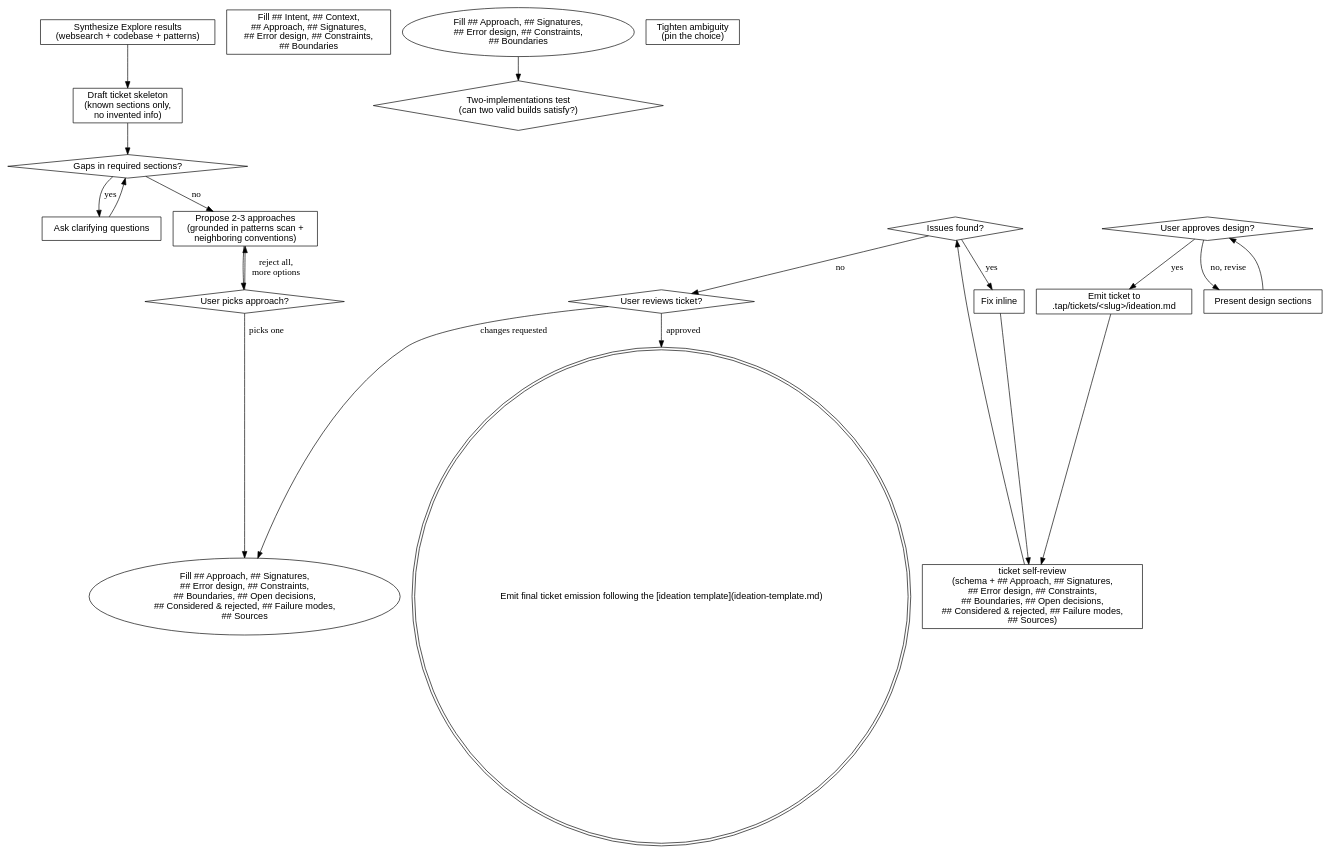
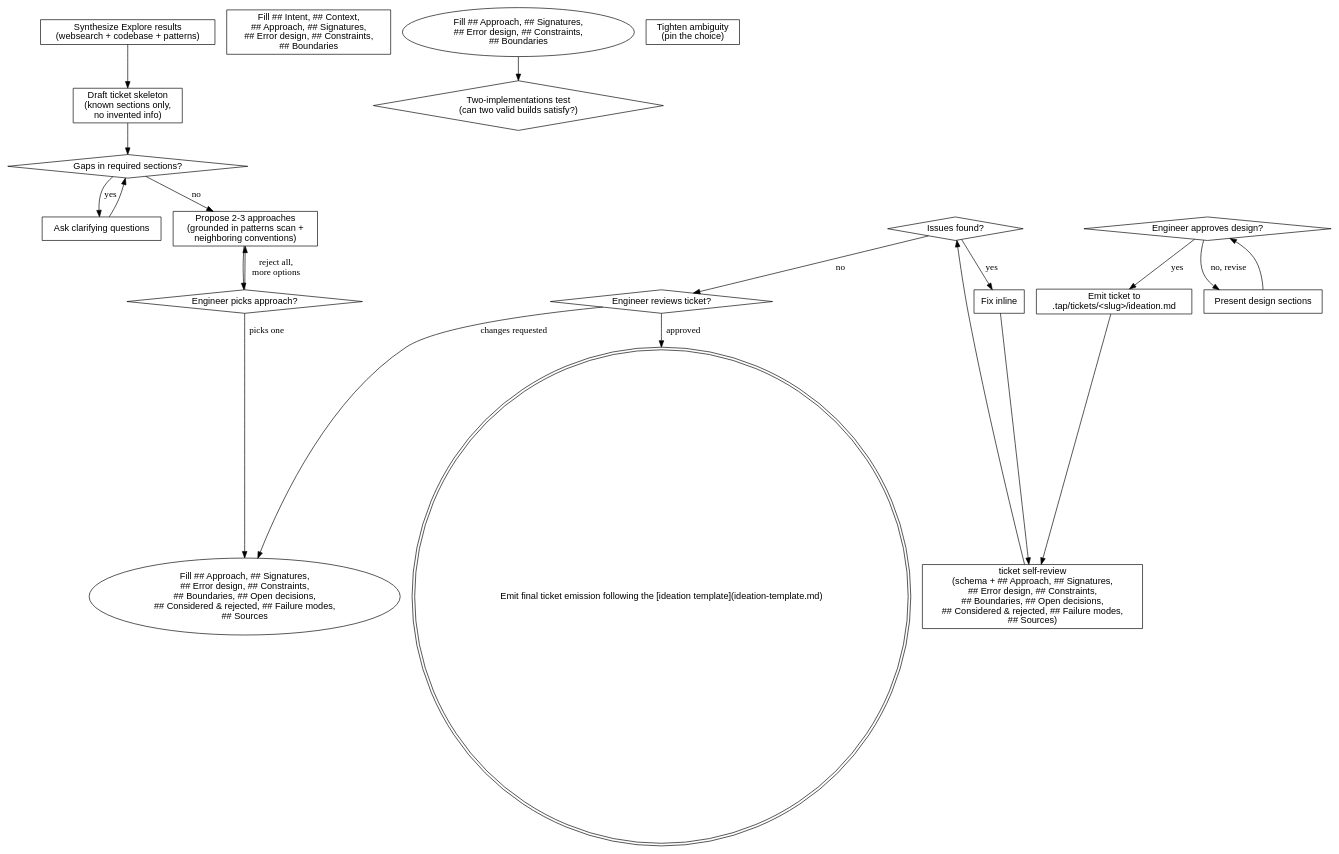
One commit to bjspdn/tap-skills changed the diagram in skills/into/SKILL.md. Above: the diagram before and after it, drawn with Graphviz. The commit also changed other lines of this file and 5 other files, not shown here.

````diff
--- a/skills/into/SKILL.md
+++ b/skills/into/SKILL.md
@@ -180,44 +180,44 @@
 ```dot
   digraph ideation_flow {
     rankdir=TB;
     node [fontname="Helvetica"];
     "Synthesize Explore results\n(websearch + codebase + patterns)" [shape=box];
     "Draft ticket skeleton\n(known sections only,\nno invented info)" [shape=box];
     "Gaps in required sections?" [shape=diamond];
     "Ask clarifying questions\n" [shape=box];
     "Propose 2-3 approaches\n(grounded in patterns scan +\nneighboring conventions)" [shape=box];
-    "User picks approach?" [shape=diamond];
+    "Engineer picks approach?" [shape=diamond];
     "Fill ## Intent, ## Context,\n## Approach, ## Signatures,\n## Error design, ## Constraints,\n## Boundaries" [shape=box];
     "Two-implementations test\n(can two valid builds satisfy?)" [shape=diamond];
     "Tighten ambiguity\n(pin the choice)" [shape=box];
     "Present design sections" [shape=box];
-    "User approves design?" [shape=diamond];
+    "Engineer approves design?" [shape=diamond];
     "Emit ticket to\n.tap/tickets/<slug>/ideation.md" [shape=box];
     "ticket self-review\n(schema + ## Approach, ## Signatures,\n## Error design, ## Constraints,\n## Boundaries, ## Open decisions,\n## Considered & rejected, ## Failure modes,\n## Sources)" [shape=box];
     "Issues found?" [shape=diamond];
     "Fix inline" [shape=box];
-    "User reviews ticket?" [shape=diamond];
+    "Engineer reviews ticket?" [shape=diamond];
     "Emit final ticket emission following the [ideation template](ideation-template.md)" [shape=doublecircle];
     "Synthesize Explore results\n(websearch + codebase + patterns)"
       -> "Draft ticket skeleton\n(known sections only,\nno invented info)"
       -> "Gaps in required sections?";
     "Gaps in required sections?" -> "Ask clarifying questions\n" [label="yes"];
     "Ask clarifying questions\n" -> "Gaps in required sections?";
     "Gaps in required sections?" -> "Propose 2-3 approaches\n(grounded in patterns scan +\nneighboring conventions)" [label="no"];
-    "Propose 2-3 approaches\n(grounded in patterns scan +\nneighboring conventions)" -> "User picks approach?";
-    "User picks approach?" -> "Propose 2-3 approaches\n(grounded in patterns scan +\nneighboring conventions)" [label="reject all,\nmore options"];
-    "User picks approach?" -> "Fill ## Approach, ## Signatures,\n## Error design, ## Constraints,\n## Boundaries, ## Open decisions,\n## Considered & rejected, ## Failure modes,\n## Sources" [label="picks one"];
+    "Propose 2-3 approaches\n(grounded in patterns scan +\nneighboring conventions)" -> "Engineer picks approach?";
+    "Engineer picks approach?" -> "Propose 2-3 approaches\n(grounded in patterns scan +\nneighboring conventions)" [label="reject all,\nmore options"];
+    "Engineer picks approach?" -> "Fill ## Approach, ## Signatures,\n## Error design, ## Constraints,\n## Boundaries, ## Open decisions,\n## Considered & rejected, ## Failure modes,\n## Sources" [label="picks one"];
     "Fill ## Approach, ## Signatures,\n## Error design, ## Constraints,\n## Boundaries" -> "Two-implementations test\n(can two valid builds satisfy?)";
-    "Present design sections" -> "User approves design?";
-    "User approves design?" -> "Present design sections" [label="no, revise"];
-    "User approves design?" -> "Emit ticket to\n.tap/tickets/<slug>/ideation.md" [label="yes"];
+    "Present design sections" -> "Engineer approves design?";
+    "Engineer approves design?" -> "Present design sections" [label="no, revise"];
+    "Engineer approves design?" -> "Emit ticket to\n.tap/tickets/<slug>/ideation.md" [label="yes"];
     "Emit ticket to\n.tap/tickets/<slug>/ideation.md"
       -> "ticket self-review\n(schema + ## Approach, ## Signatures,\n## Error design, ## Constraints,\n## Boundaries, ## Open decisions,\n## Considered & rejected, ## Failure modes,\n## Sources)"
       -> "Issues found?";
     "Issues found?" -> "Fix inline" [label="yes"];
     "Fix inline" -> "ticket self-review\n(schema + ## Approach, ## Signatures,\n## Error design, ## Constraints,\n## Boundaries, ## Open decisions,\n## Considered & rejected, ## Failure modes,\n## Sources)";
-    "Issues found?" -> "User reviews ticket?" [label="no"];
-    "User reviews ticket?" -> "Fill ## Approach, ## Signatures,\n## Error design, ## Constraints,\n## Boundaries, ## Open decisions,\n## Considered & rejected, ## Failure modes,\n## Sources" [label="changes requested"];
-    "User reviews ticket?" -> "Emit final ticket emission following the [ideation template](ideation-template.md)" [label="approved"];
+    "Issues found?" -> "Engineer reviews ticket?" [label="no"];
+    "Engineer reviews ticket?" -> "Fill ## Approach, ## Signatures,\n## Error design, ## Constraints,\n## Boundaries, ## Open decisions,\n## Considered & rejected, ## Failure modes,\n## Sources" [label="changes requested"];
+    "Engineer reviews ticket?" -> "Emit final ticket emission following the [ideation template](ideation-template.md)" [label="approved"];
   }
 ```
````
